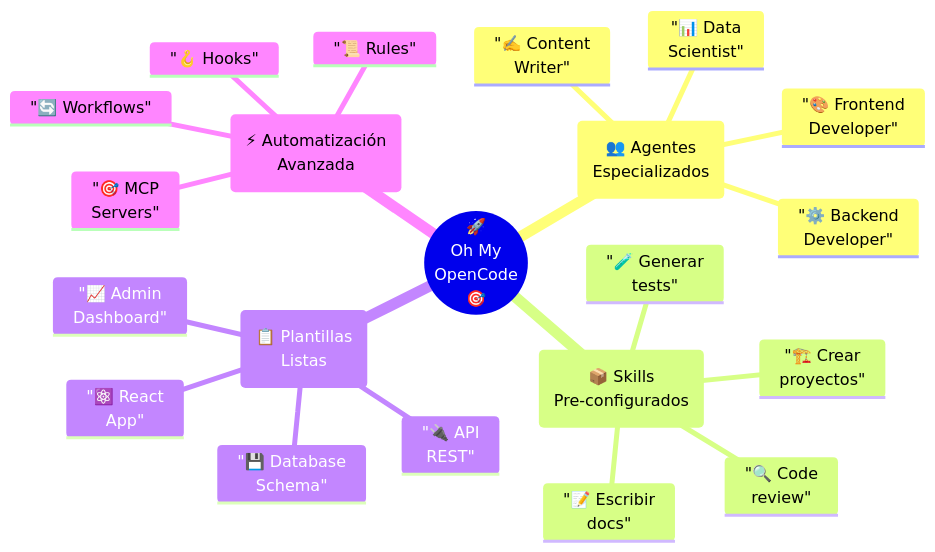
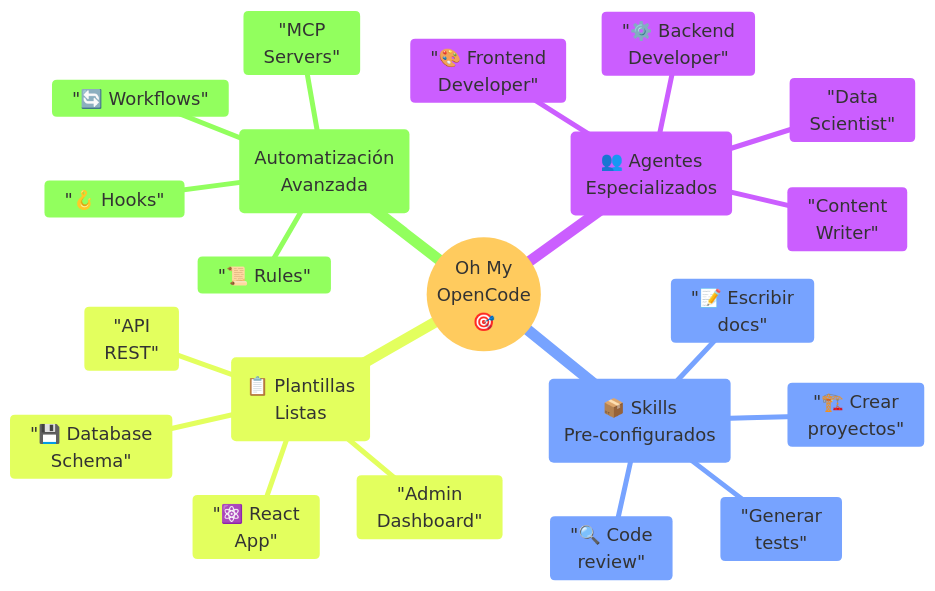
The seventh of 12 diagrams in courses/🟡-development/FPUNA-2026/00-FUNDAMENTOS-PRINCIPALES/01-configuracion-stack-ia.md (Ai-Whisperers/Courses-Content), drawn with Mermaid before and after one commit. The commit also changed other lines of this file and 47 other files, not shown here.

First line of the commit message:
fix: Make all 473 diagrams WCAG AAA accessible (FPUNA-2026)

````diff
--- a/courses/🟡-development/FPUNA-2026/00-FUNDAMENTOS-PRINCIPALES/01-configuracion-stack-ia.md
+++ b/courses/🟡-development/FPUNA-2026/00-FUNDAMENTOS-PRINCIPALES/01-configuracion-stack-ia.md
@@ -396,24 +402,25 @@
 ```mermaid
+%%{init: {'theme':'base', 'themeVariables': {'fontSize':'18px'}}}%%
 mindmap
-  root(("🚀<br/>Oh My<br/>OpenCode<br/>🎯"))
+  root(("Oh My<br/>OpenCode<br/>🎯"))
     ("👥 Agentes<br/>Especializados")
       "🎨 Frontend<br/>Developer"
       "⚙️ Backend<br/>Developer"
-      "📊 Data<br/>Scientist"
-      "✍️ Content<br/>Writer"
+      "Data<br/>Scientist"
+      "Content<br/>Writer"
     ("📦 Skills<br/>Pre-configurados")
       "🏗️ Crear<br/>proyectos"
-      "🧪 Generar<br/>tests"
+      "Generar<br/>tests"
       "📝 Escribir<br/>docs"
       "🔍 Code<br/>review"
     ("📋 Plantillas<br/>Listas")
       "⚛️ React<br/>App"
-      "🔌 API<br/>REST"
-      "📈 Admin<br/>Dashboard"
+      "API<br/>REST"
+      "Admin<br/>Dashboard"
       "💾 Database<br/>Schema"
-    ("⚡ Automatización<br/>Avanzada")
+    ("Automatización<br/>Avanzada")
       "🪝 Hooks"
       "📜 Rules"
       "🔄 Workflows"
-      "🎯 MCP<br/>Servers"
+      "MCP<br/>Servers"
 ```
````
